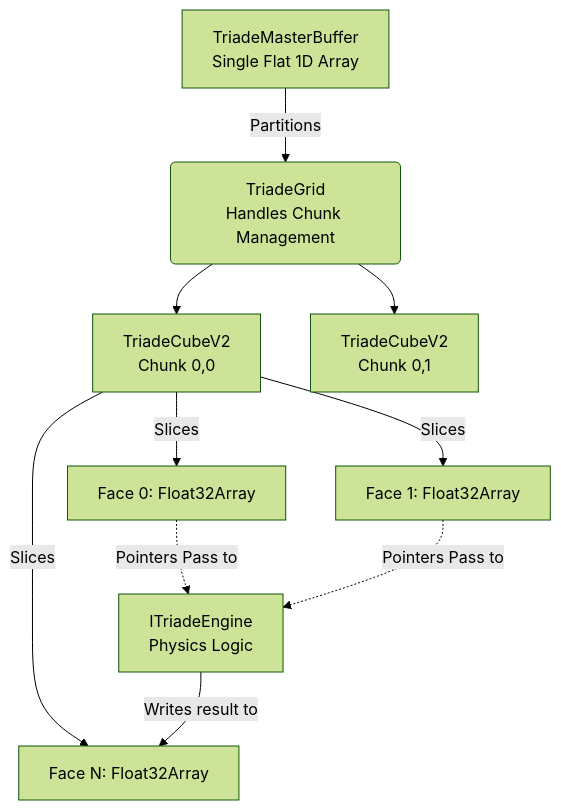
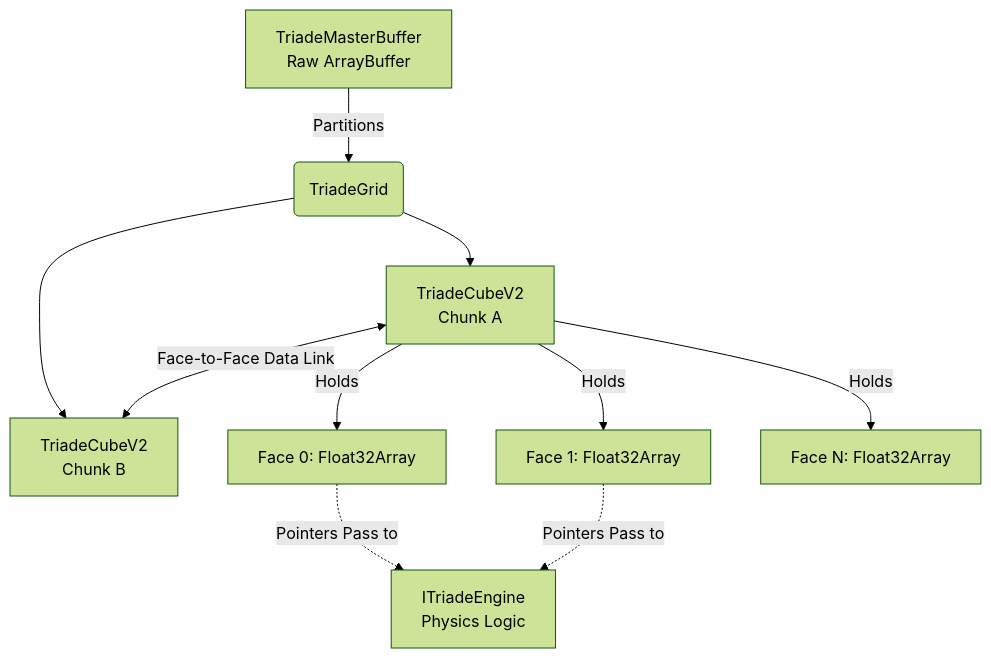
One commit to Helron1977/Triade-Engine changed the diagram in README.md. Above: the diagram before and after it, drawn with Mermaid (forest theme). The commit also changed other lines of this file, not shown here.

Commit message:
docs: correct cube connectivity and face count explanations

````diff
--- a/README.md
+++ b/README.md
@@ -81,15 +81,16 @@
 ```mermaid
 graph TD
-    A[TriadeMasterBuffer<br>Single Flat 1D Array] -->|Partitions| B(TriadeGrid<br>Handles Chunk Management)
-    B --> C1[TriadeCubeV2<br>Chunk 0,0]
-    B --> C2[TriadeCubeV2<br>Chunk 0,1]
+    A[TriadeMasterBuffer<br>Raw ArrayBuffer] -->|Partitions| B(TriadeGrid)
     
-    C1 -->|Slices| F1[Face 0: Float32Array]
-    C1 -->|Slices| F2[Face 1: Float32Array]
-    C1 -->|Slices| F3[Face N: Float32Array]
+    B --> C1[TriadeCubeV2<br>Chunk A]
+    B --> C2[TriadeCubeV2<br>Chunk B]
+    
+    C1 <-->|Face-to-Face Data Link| C2
+    
+    C1 -->|Holds| F1[Face 0: Float32Array]
+    C1 -->|Holds| F2[Face 1: Float32Array]
+    C1 -->|Holds| F3[Face N: Float32Array]
     
     F1 -.->|Pointers Pass to| E[ITriadeEngine<br>Physics Logic]
     F2 -.->|Pointers Pass to| E
-    
-    E -->|Writes result to| F3
 ```
````
